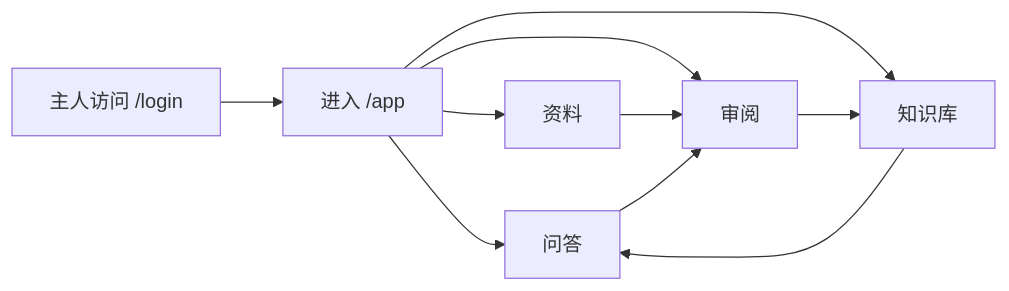
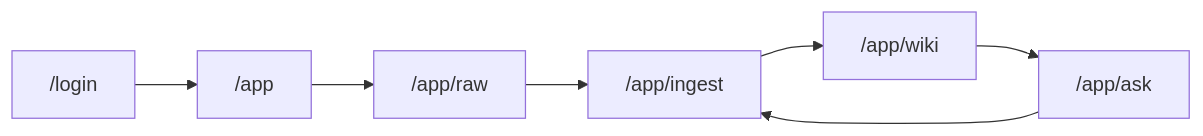
One commit to rrhww/inkdesk changed the second of 2 diagrams in docs/design/information-architecture.md. Above: the diagram before and after it, drawn with Mermaid. The commit also changed other lines of this file and 67 other files, not shown here.

````diff
--- a/docs/design/information-architecture.md
+++ b/docs/design/information-architecture.md
@@ -77,12 +91,9 @@
 ```mermaid
 flowchart LR
-    A["主人访问 /login"] --> B["进入 /app"]
-    B --> C["问答"]
-    B --> D["资料"]
-    B --> E["审阅"]
-    B --> F["知识库"]
-    D --> E
-    E --> F
-    F --> C
-    C --> E
+    A["/login"] --> B["/app"]
+    B --> C["/app/raw"]
+    C --> D["/app/ingest"]
+    D --> E["/app/wiki"]
+    E --> F["/app/ask"]
+    F --> D
 ```
````
